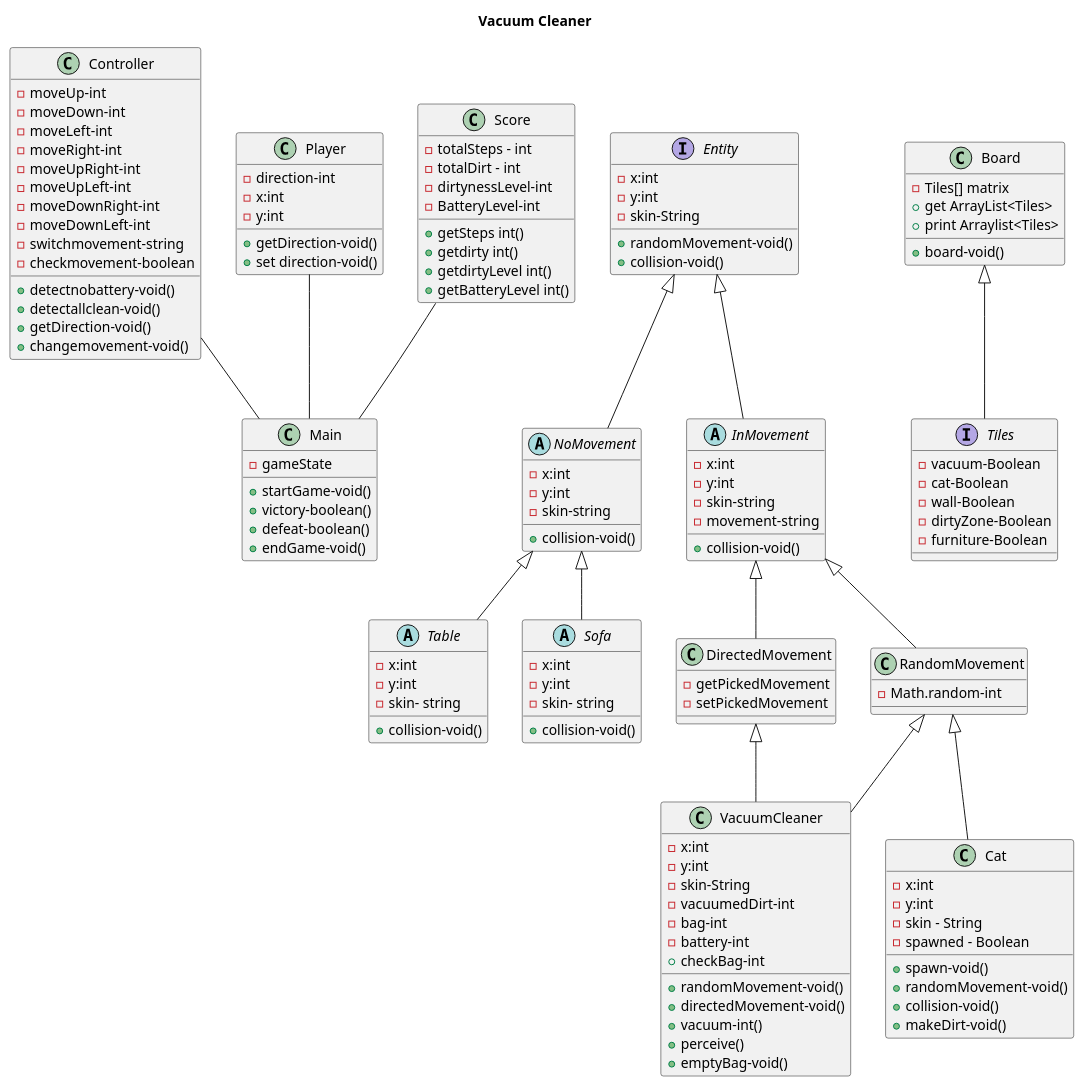
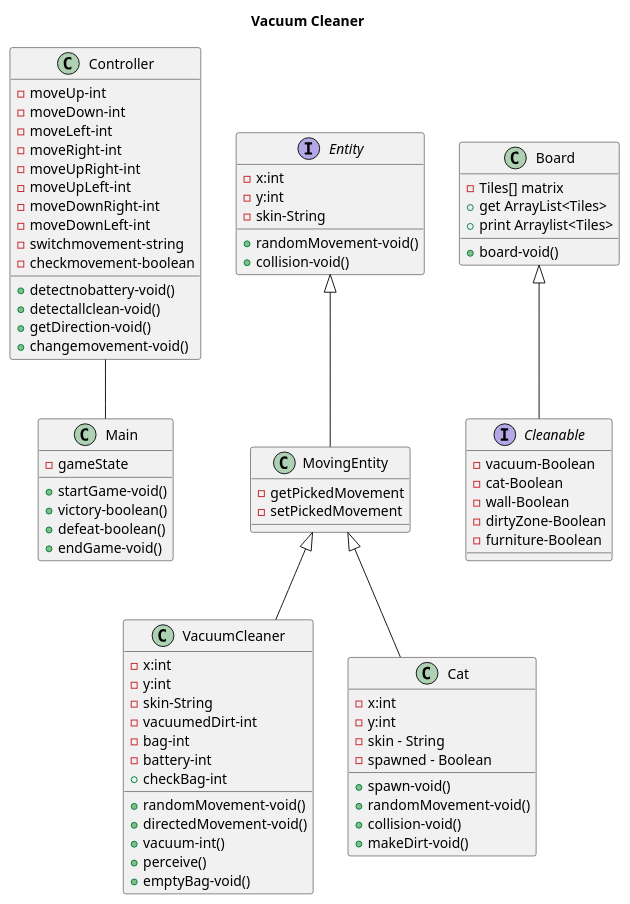
The diagram in docs/PlantUML/VacuumPlantUml.puml (eabol/awesome-projects-prograii), drawn with PlantUML before and after one commit. The commit also changed 12 other files, not shown here.

Commit message:
New updates for the interface Entity and Win and loss implemented

```diff
--- a/docs/PlantUML/VacuumPlantUml.puml
+++ b/docs/PlantUML/VacuumPlantUml.puml
@@ -1,126 +1,82 @@
 @startuml
 'https://plantuml.com/sequence-diagram
 title Vacuum Cleaner
 class Main{
 		-gameState
 		+startGame-void()
 		+victory-boolean()
 		+defeat-boolean()
 		+endGame-void()
 }
 interface Entity{
        -x:int
        -y:int
        -skin-String
        +randomMovement-void()
        +collision-void()
 }
-class VacuumCleaner extends RandomMovement{
+class VacuumCleaner extends MovingEntity {
 		-x:int
 		-y:int
 		-skin-String
 		-vacuumedDirt-int
 		-bag-int
 		-battery-int
 		+randomMovement-void()
 		+directedMovement-void()
 		+vacuum-int()
 		+perceive()
 		+checkBag-int
 		+emptyBag-void()
 }
-class Cat extends RandomMovement{
+class Cat extends MovingEntity{
 		-x:int
 		-y:int
 		-skin - String
 		-spawned - Boolean
 		+spawn-void()
 		+randomMovement-void()
 		+collision-void()
         +makeDirt-void()
 }
-abstract class Table extends NoMovement{
-		-x:int
-		-y:int
-		-skin- string
-		+collision-void()
-}
-abstract class Sofa extends NoMovement{
-		-x:int
-		-y:int
-		-skin- string
-		+collision-void()
-}
-class Controller {
+class Controller  {
 		-moveUp-int
         -moveDown-int
         -moveLeft-int
         -moveRight-int
         -moveUpRight-int
         -moveUpLeft-int
         -moveDownRight-int
         -moveDownLeft-int
         -switchmovement-string
 		-checkmovement-boolean
 		+detectnobattery-void()
         +detectallclean-void()
         +getDirection-void()
 		+changemovement-void()
 }
-class DirectedMovement extends InMovement{
+class MovingEntity extends Entity{
 	    -getPickedMovement
 	    -setPickedMovement
 }
-class RandomMovement extends InMovement{
-	    -Math.random-int
-}
-class Player {
-		-direction-int
-		-x:int
-		-y:int
-		+getDirection-void()
-		+set direction-void()
-}
+
 class Board{
 	    -Tiles[] matrix
         +board-void()
         +get ArrayList<Tiles>
         +print Arraylist<Tiles>
 }
-interface Tiles extends Board{
+interface Cleanable extends Board{
 		-vacuum-Boolean
 		-cat-Boolean
 		-wall-Boolean
 		-dirtyZone-Boolean
 		-furniture-Boolean
 }
 
-class Score {
-		-totalSteps - int
-		-totalDirt - int
-		-dirtynessLevel-int
-		-BatteryLevel-int
-		+getSteps int()
-		+getdirty int()
-		+getdirtyLevel int()
-		+getBatteryLevel int()
-}
-abstract class NoMovement extends Entity{
-		-x:int
-		-y:int
-		-skin-string
-		+collision-void()
-}
-abstract class InMovement extends Entity{
-		-x:int
-		-y:int
-		-skin-string
-		+collision-void()
-		-movement-string
-}
-class VacuumCleaner extends DirectedMovement{
-}
+
+
+
 Controller -- Main
-Player-- Main
-Score -- Main
+
 @enduml
```
